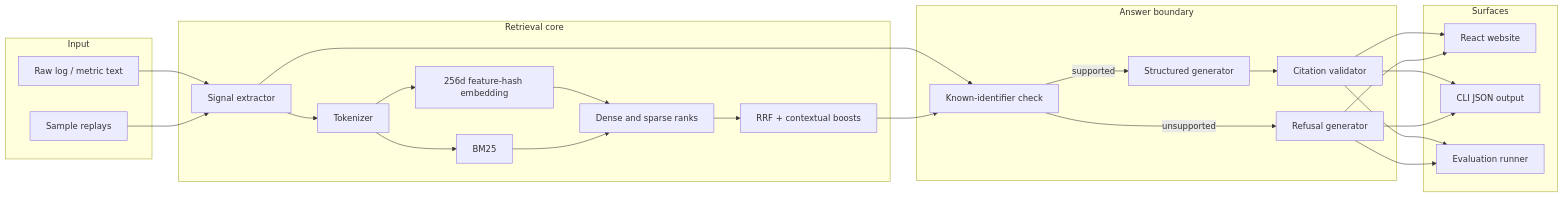
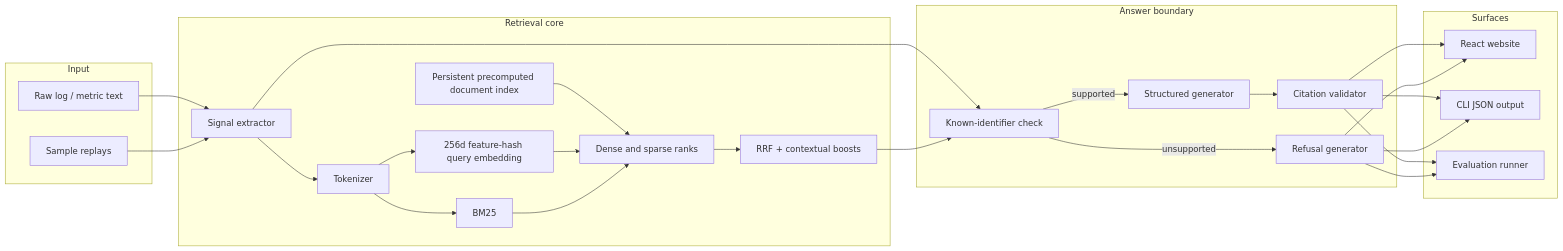
Before and after one commit to sivalinb/gpu-signal-atlas: the second of 3 diagrams in docs/ARCHITECTURE.md, drawn with Mermaid. The commit also changed other lines of this file and 32 other files, not shown here.

````diff
--- a/docs/ARCHITECTURE.md
+++ b/docs/ARCHITECTURE.md
@@ -25,49 +25,51 @@
 ```mermaid
 flowchart LR
     subgraph Input
       A[Raw log / metric text]
       B[Sample replays]
     end
 
     subgraph Retrieval core
       X[Signal extractor]
       T[Tokenizer]
-      V[256d feature-hash embedding]
+      V[256d feature-hash query embedding]
+      P[Persistent precomputed document index]
       M[BM25]
       R[Dense and sparse ranks]
       F[RRF + contextual boosts]
     end
 
     subgraph Answer boundary
       K[Known-identifier check]
       G[Structured generator]
       Q[Refusal generator]
       Z[Citation validator]
     end
 
     subgraph Surfaces
       UI[React website]
       CLI[CLI JSON output]
       EV[Evaluation runner]
     end
 
     A --> X
     B --> X
     X --> T
     T --> V
+    P --> R
     T --> M
     V --> R
     M --> R
     R --> F
     X --> K
     F --> K
     K -->|supported| G
     K -->|unsupported| Q
     G --> Z
     Z --> UI
     Z --> CLI
     Z --> EV
     Q --> UI
     Q --> CLI
     Q --> EV
 ```
````
